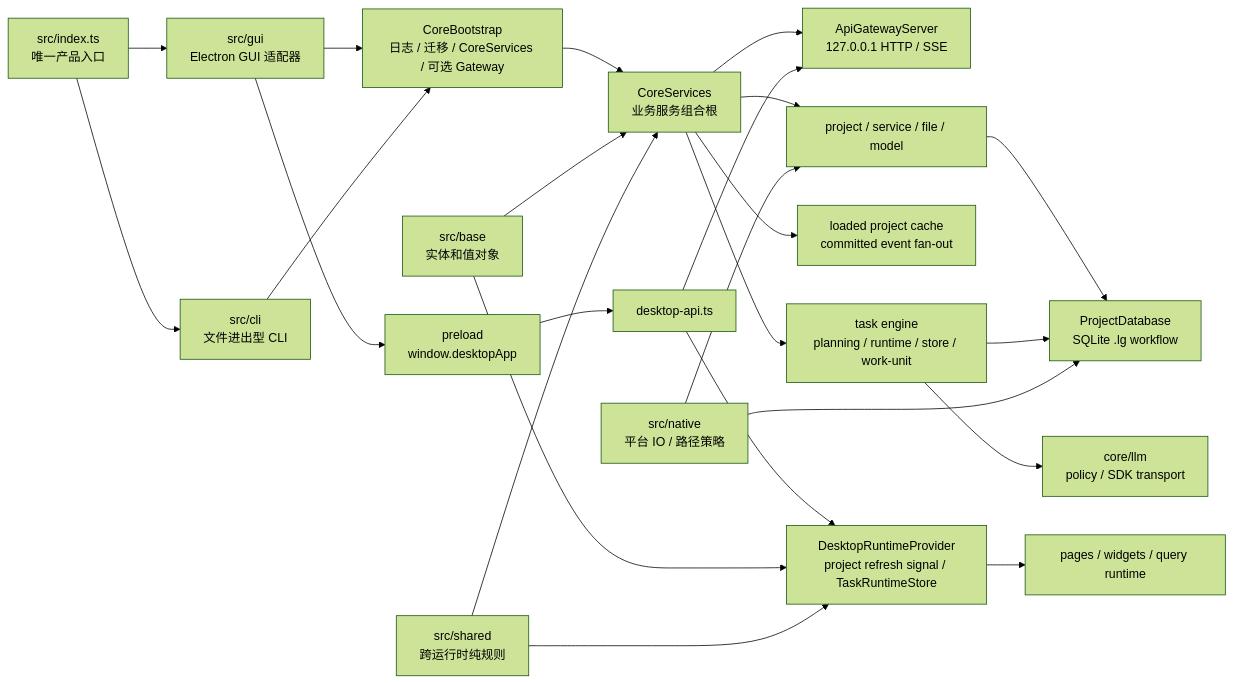
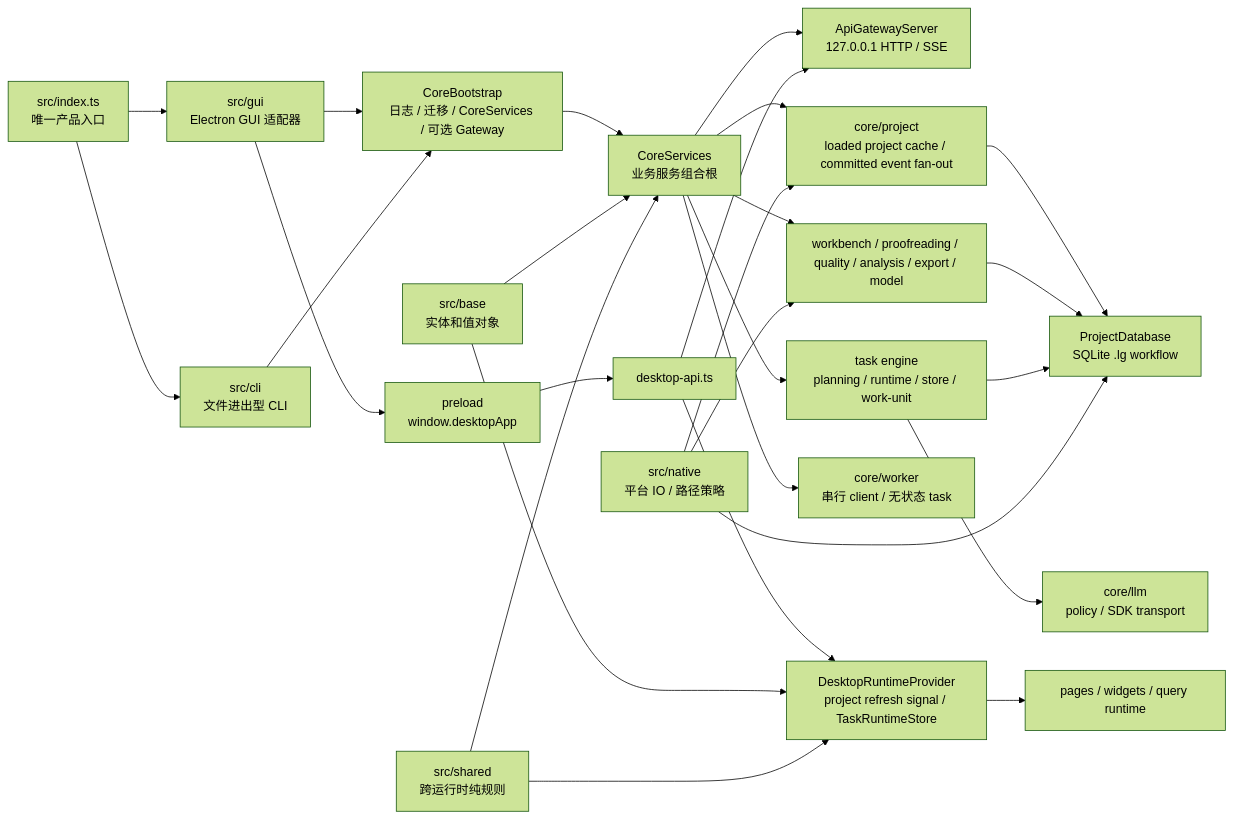
One commit to neavo/LinguaGacha changed the diagram in docs/ARCHITECTURE.md. Above: the diagram before and after it, drawn with Mermaid (forest theme). The commit also changed other lines of this file and 165 other files, not shown here.

````diff
--- a/docs/ARCHITECTURE.md
+++ b/docs/ARCHITECTURE.md
@@ -18,26 +18,29 @@
 ```mermaid
 flowchart LR
   Entry["src/index.ts<br/>唯一产品入口"] --> GUI["src/gui<br/>Electron GUI 适配器"]
   Entry --> CLI["src/cli<br/>文件进出型 CLI"]
   GUI --> Boot["CoreBootstrap<br/>日志 / 迁移 / CoreServices / 可选 Gateway"]
   CLI --> Boot
   Boot --> Services["CoreServices<br/>业务服务组合根"]
   Services --> API["ApiGatewayServer<br/>127.0.0.1 HTTP / SSE"]
   GUI --> Preload["preload<br/>window.desktopApp"]
   Preload --> RendererApi["desktop-api.ts"]
   RendererApi --> API
   RendererApi --> Runtime["DesktopRuntimeProvider<br/>project refresh signal / TaskRuntimeStore"]
   Runtime --> Pages["pages / widgets / query runtime"]
-  Services --> ProjectState["loaded project cache<br/>committed event fan-out"]
-  Services --> Project["project / service / file / model"]
+  Services --> Project["core/project<br/>loaded project cache / committed event fan-out"]
+  Services --> Domains["workbench / proofreading / quality / analysis / export / model"]
+  Services --> Worker["core/worker<br/>串行 client / 无状态 task"]
   Services --> Engine["task engine<br/>planning / runtime / store / work-unit"]
   Engine --> LLM["core/llm<br/>policy / SDK transport"]
   Project --> DB["ProjectDatabase<br/>SQLite .lg workflow"]
+  Domains --> DB
   Engine --> DB
   Base["src/base<br/>实体和值对象"] --> Services
   Base --> Runtime
   Shared["src/shared<br/>跨运行时纯规则"] --> Services
   Shared --> Runtime
   Native["src/native<br/>平台 IO / 路径策略"] --> Project
+  Native --> Domains
   Native --> DB
 ```
````
